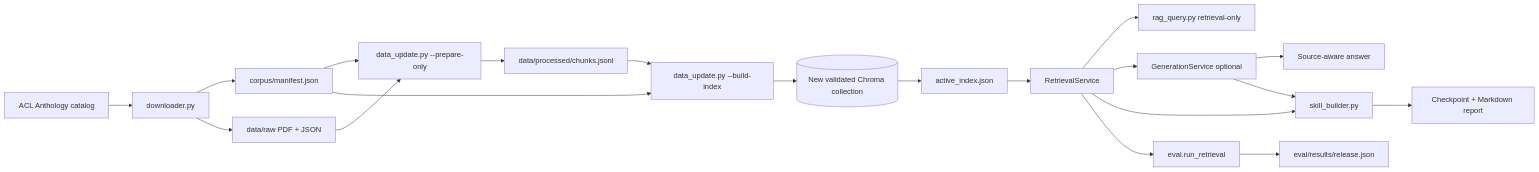
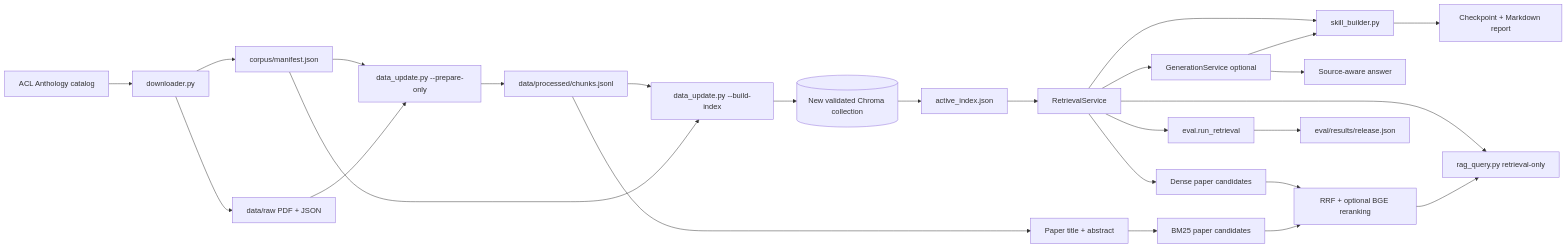
One commit to ken0419326/RAG-based-Research-Agent-Pipeline changed the diagram in README.md. Above: the diagram before and after it, drawn with Mermaid. The commit also changed other lines of this file and 12 other files, not shown here.

Commit message:
feat: add paper-level hybrid retrieval and reranking

````diff
--- a/README.md
+++ b/README.md
@@ -19,22 +20,28 @@
 ```mermaid
 flowchart LR
     A[ACL Anthology catalog] --> B[downloader.py]
     B --> C[corpus/manifest.json]
     B --> D[data/raw PDF + JSON]
     C --> E[data_update.py --prepare-only]
     D --> E
     E --> F[data/processed/chunks.jsonl]
     F --> G[data_update.py --build-index]
     C --> G
     G --> H[(New validated Chroma collection)]
     H --> I[active_index.json]
     I --> J[RetrievalService]
     J --> K[rag_query.py retrieval-only]
+    F --> R[Paper title + abstract]
+    J --> S[Dense paper candidates]
+    R --> T[BM25 paper candidates]
+    S --> U[RRF + optional BGE reranking]
+    T --> U
+    U --> K
     J --> L[GenerationService optional]
     L --> M[Source-aware answer]
     J --> N[skill_builder.py]
     L --> N
     N --> O[Checkpoint + Markdown report]
     J --> P[eval.run_retrieval]
     P --> Q[eval/results/release.json]
 ```
````
